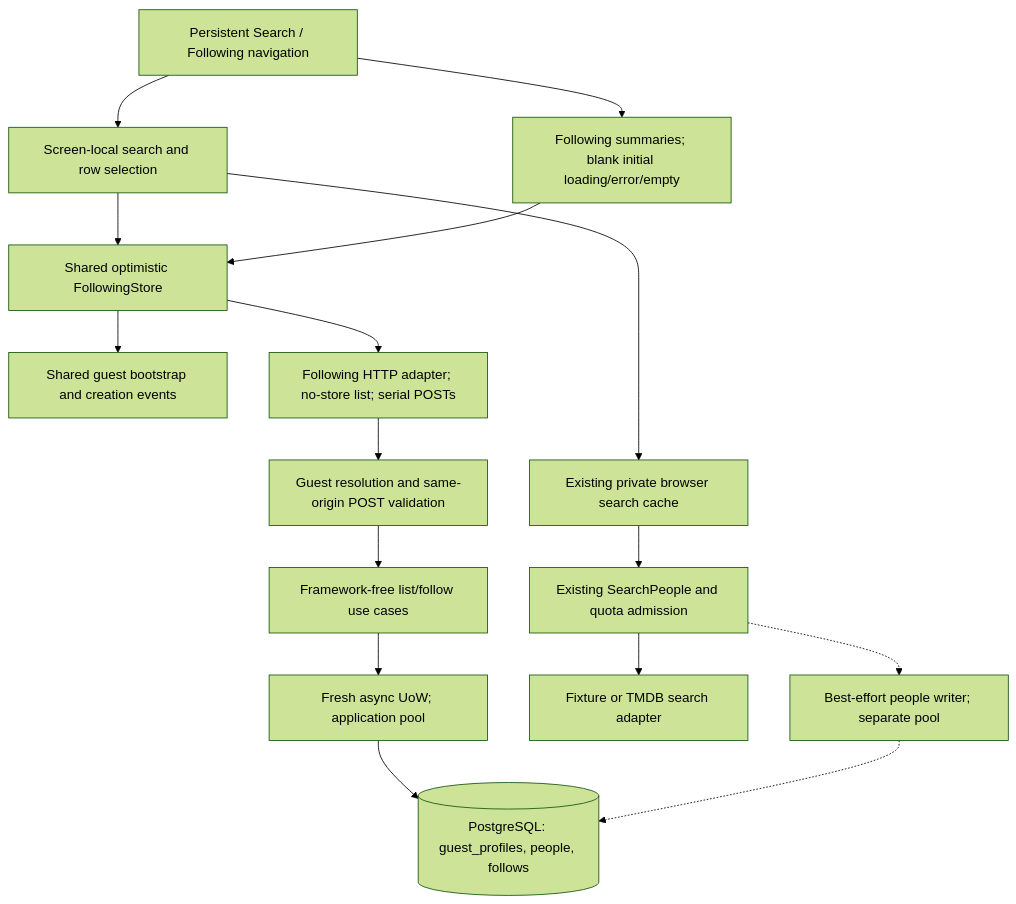
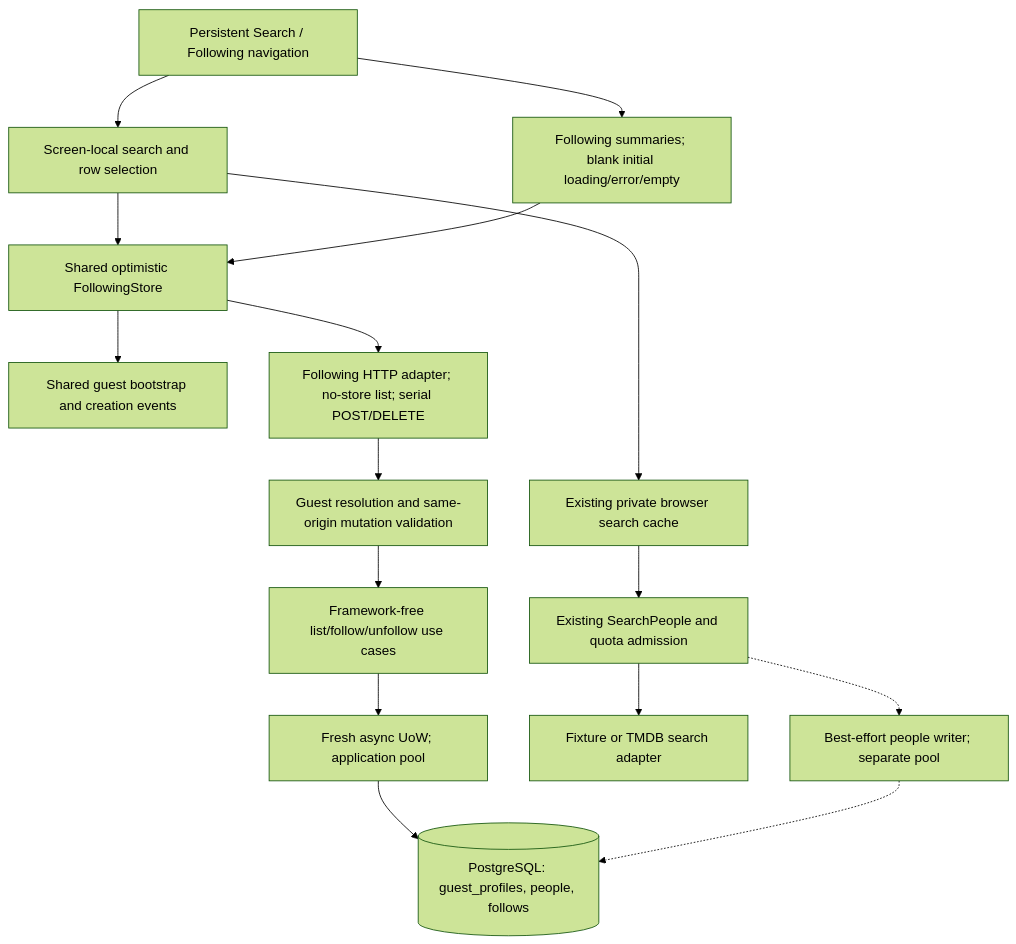
The diagram in docs/architecture/follow-people.md (iwozzy/ics603-fa26-final-project), drawn with Mermaid (forest theme) before and after one commit. The commit also changed other lines of this file and 5 other files, not shown here.

````diff
--- a/docs/architecture/follow-people.md
+++ b/docs/architecture/follow-people.md
@@ -5,18 +5,18 @@
 ```mermaid
 flowchart TD
     Shell[Persistent Search / Following navigation] --> Search[Screen-local search and row selection]
     Shell --> Following[Following summaries; blank initial loading/error/empty]
     Search --> Store[Shared optimistic FollowingStore]
     Following --> Store
     Store --> Session[Shared guest bootstrap and creation events]
-    Store --> HTTP[Following HTTP adapter; no-store list; serial POSTs]
-    HTTP --> API[Guest resolution and same-origin POST validation]
-    API --> Core[Framework-free list/follow use cases]
+    Store --> HTTP[Following HTTP adapter; no-store list; serial POST/DELETE]
+    HTTP --> API[Guest resolution and same-origin mutation validation]
+    API --> Core[Framework-free list/follow/unfollow use cases]
     Core --> UOW[Fresh async UoW; application pool]
     UOW --> DB[(PostgreSQL: guest_profiles, people, follows)]
     Search --> Cache[Existing private browser search cache]
     Cache --> SearchAPI[Existing SearchPeople and quota admission]
     SearchAPI --> TMDB[Fixture or TMDB search adapter]
     SearchAPI -.-> Writer[Best-effort people writer; separate pool]
     Writer -.-> DB
 ```
````
